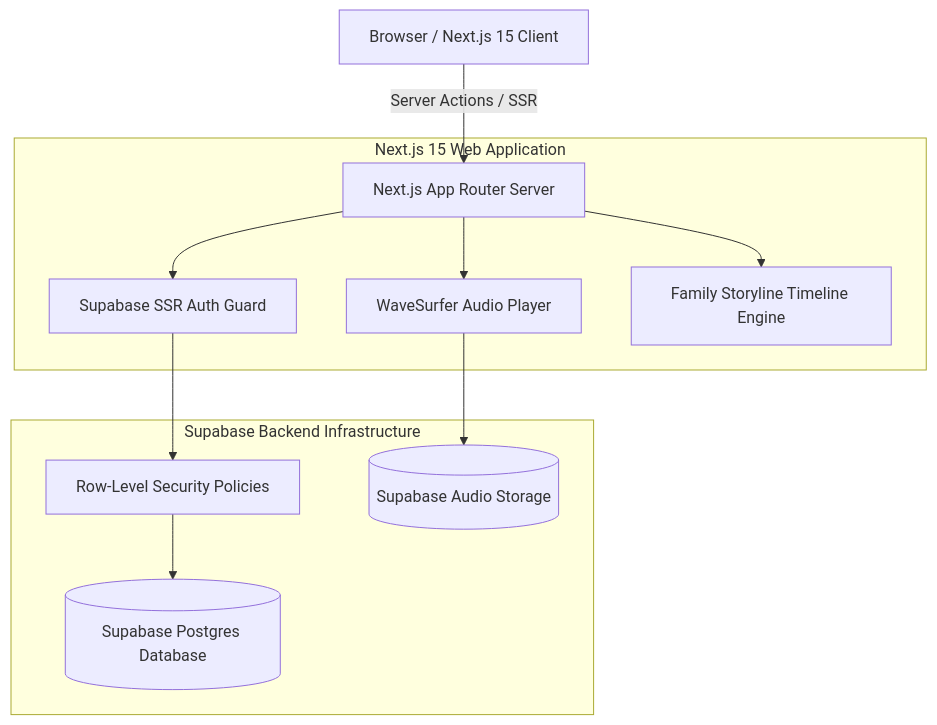
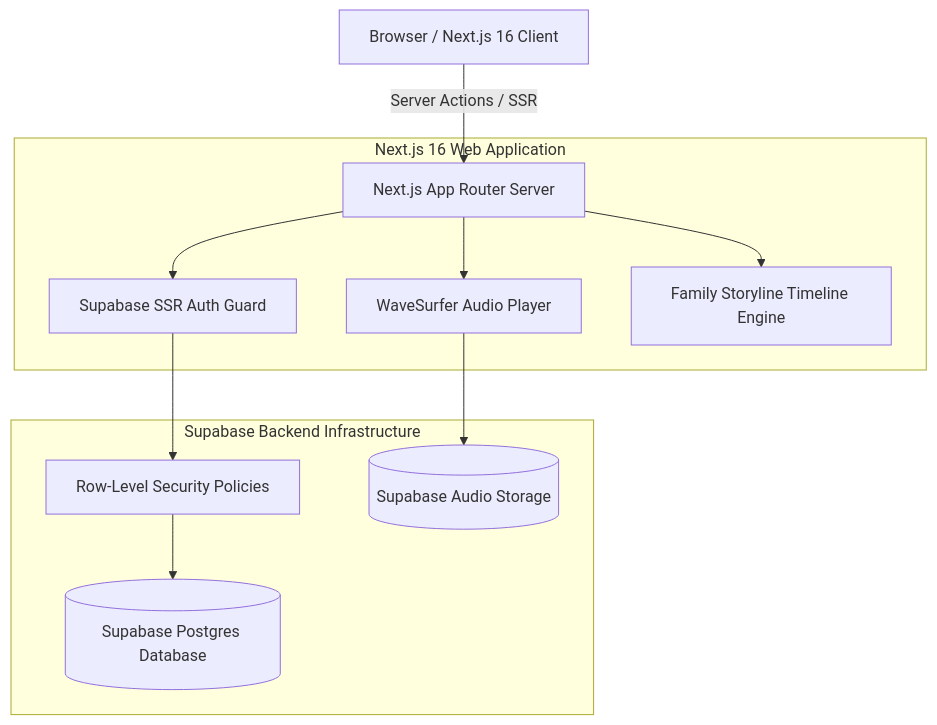
One commit to MeiSiristhebest/timelog-web changed the diagram in ARCHITECTURE.md. Above: the diagram before and after it, drawn with Mermaid. The commit also changed other lines of this file, not shown here.

Commit message:
docs(arch): synchronize Next.js 16 version across architecture doc

````diff
--- a/ARCHITECTURE.md
+++ b/ARCHITECTURE.md
@@ -9,16 +9,16 @@
 ```mermaid
 graph TD
-    Client[Browser / Next.js 15 Client] -->|Server Actions / SSR| Server[Next.js App Router Server]
+    Client[Browser / Next.js 16 Client] -->|Server Actions / SSR| Server[Next.js App Router Server]
 
-    subgraph "Next.js 15 Web Application"
+    subgraph "Next.js 16 Web Application"
         Server --> AuthGuard[Supabase SSR Auth Guard]
         Server --> VoicePlayer[WaveSurfer Audio Player]
         Server --> Timeline[Family Storyline Timeline Engine]
     end
 
     subgraph "Supabase Backend Infrastructure"
         AuthGuard --> RLS[Row-Level Security Policies]
         RLS --> DB[(Supabase Postgres Database)]
         VoicePlayer --> StorageBucket[(Supabase Audio Storage)]
     end
 ```
````
